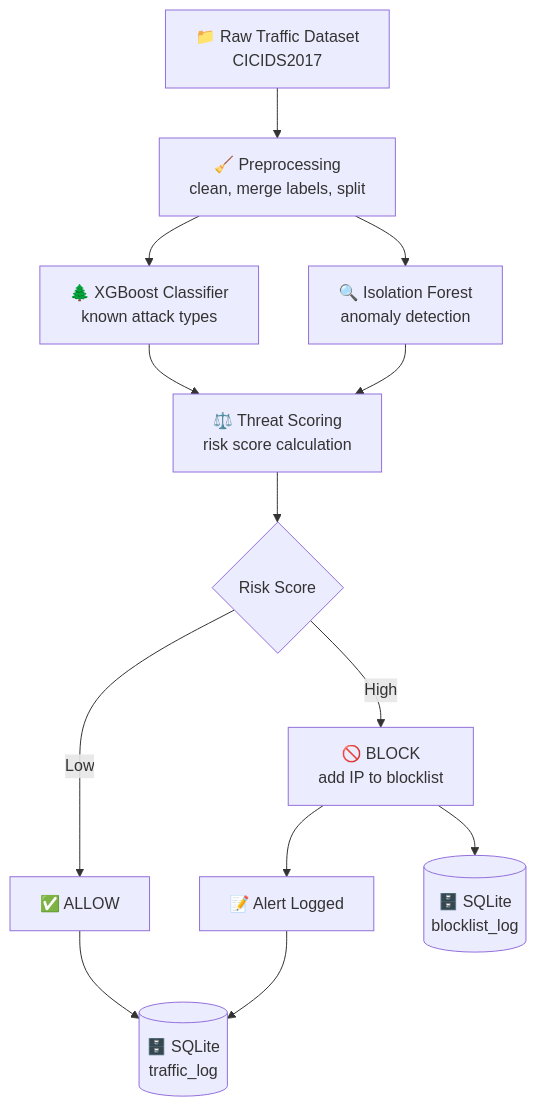
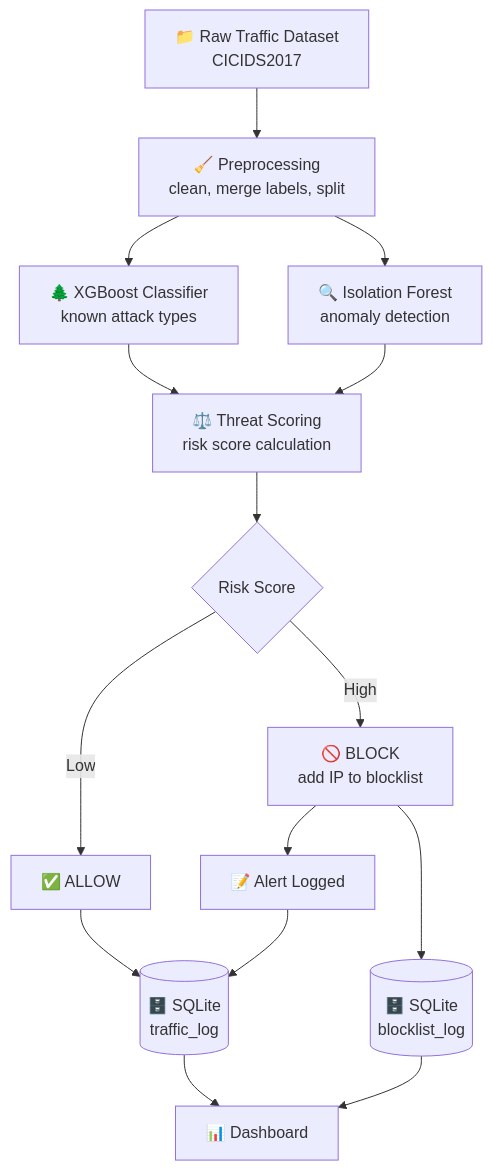
The diagram in README.md (ShhahilVermaa/enterprise-ips), drawn with Mermaid before and after one commit. The commit also changed other lines of this file, not shown here.

````diff
--- a/README.md
+++ b/README.md
@@ -33,15 +35,17 @@
 ```mermaid
 flowchart TD
     A[📁 Raw Traffic Dataset<br/>CICIDS2017] --> B[🧹 Preprocessing<br/>clean, merge labels, split]
     B --> C[🌲 XGBoost Classifier<br/>known attack types]
     B --> D[🔍 Isolation Forest<br/>anomaly detection]
     C --> E[⚖️ Threat Scoring<br/>risk score calculation]
     D --> E
     E --> F{Risk Score}
     F -->|Low| G[✅ ALLOW]
     F -->|High| H[🚫 BLOCK<br/>add IP to blocklist]
     H --> I[📝 Alert Logged]
     G --> J[(🗄️ SQLite<br/>traffic_log)]
     I --> J
     H --> K[(🗄️ SQLite<br/>blocklist_log)]
+    J --> L[📊 Dashboard]
+    K --> L
 ```
````
